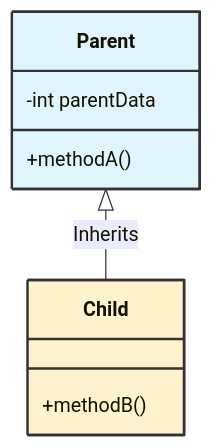
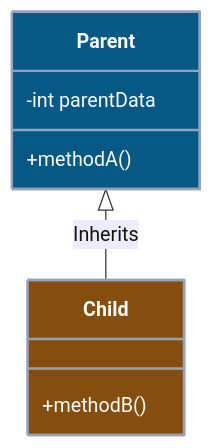
One commit to Kang-Hyesung/kang-hyesung.github.io changed the first of 2 diagrams in _posts/java/05-Inheritance/2026-01-03-생성자-호출-순서와-메모리-구조.md. Above: the diagram before and after it, drawn with Mermaid. The commit also changed 74 other files, not shown here.

Commit message:
docs: update post visibility and mermaid colors

````diff
--- a/_posts/java/05-Inheritance/2026-01-03-생성자-호출-순서와-메모리-구조.md
+++ b/_posts/java/05-Inheritance/2026-01-03-생성자-호출-순서와-메모리-구조.md
@@ -16,15 +16,15 @@
 ```mermaid
 classDiagram
     class Parent {
         -int parentData
         +methodA()
     }
     class Child {
         +methodB()
     }
     Parent <|-- Child : Inherits
     
-    style Parent fill:#e1f5fe,stroke:#333,stroke-width:2px
-    style Child fill:#fff3cd,stroke:#333,stroke-width:2px
+    style Parent fill:#075985,stroke:#94a3b8,stroke-width:2px,color:#f8fafc
+    style Child fill:#854d0e,stroke:#94a3b8,stroke-width:2px,color:#f8fafc
 
 ```
````
